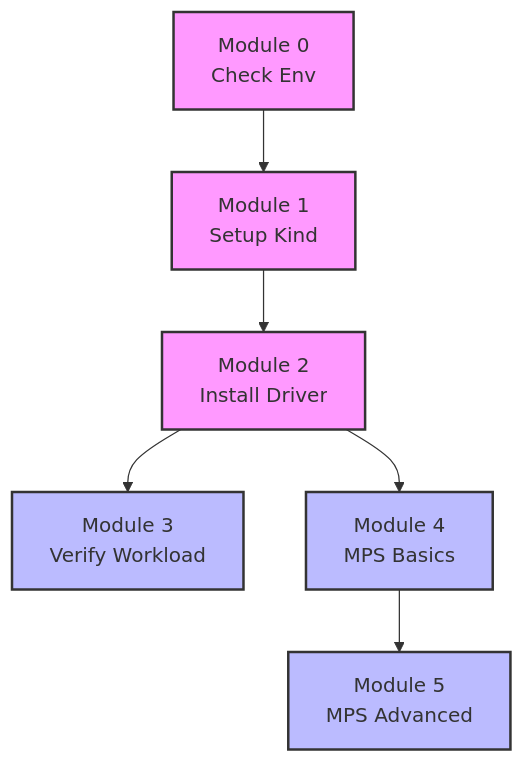
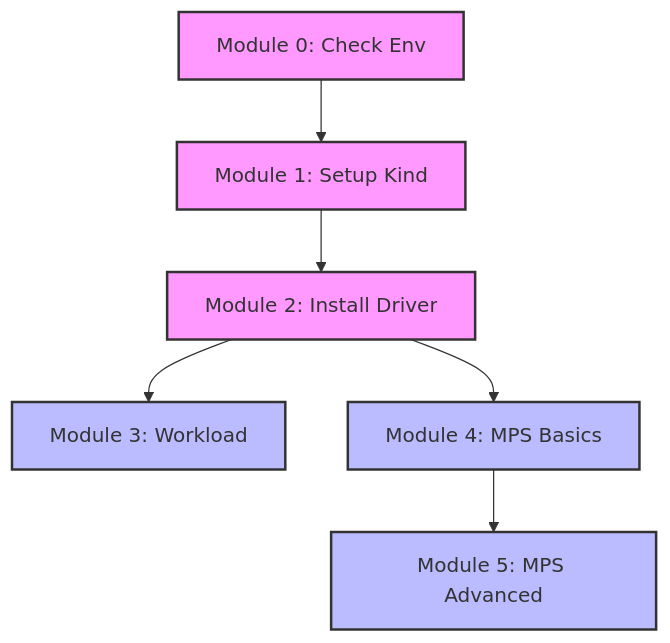
The diagram in README.md (Shiritai/k8s-dra-workshop), drawn with Mermaid before and after one commit. The commit also changed other lines of this file and 7 other files, not shown here.

````diff
--- a/README.md
+++ b/README.md
@@ -29,23 +21,23 @@
 ```mermaid
 graph TD
     %% Nodes
-    M0[Module 0<br>Check Env]
-    M1[Module 1<br>Setup Kind]
-    M2[Module 2<br>Install Driver]
-    M3[Module 3<br>Verify Workload]
-    M4[Module 4<br>MPS Basics]
-    M5[Module 5<br>MPS Advanced]
+    M0[Module 0: Check Env]
+    M1[Module 1: Setup Kind]
+    M2[Module 2: Install Driver]
+    M3[Module 3: Workload]
+    M4[Module 4: MPS Basics]
+    M5[Module 5: MPS Advanced]
 
     %% Dependencies
     M0 --> M1
     M1 --> M2
     M2 --> M3
     M2 --> M4
     M4 --> M5
 
     %% Styling
     classDef infra fill:#f9f,stroke:#333,stroke-width:2px;
     classDef workload fill:#bbf,stroke:#333,stroke-width:2px;
     class M0,M1,M2 infra;
     class M3,M4,M5 workload;
 ```
````
